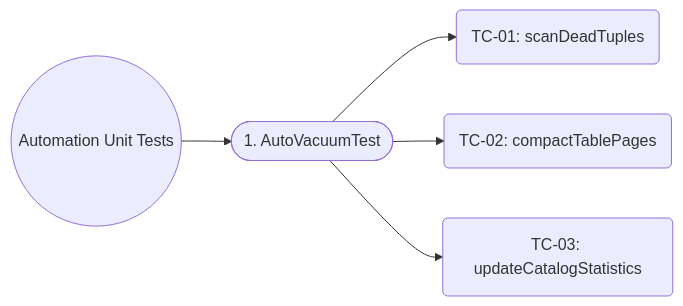
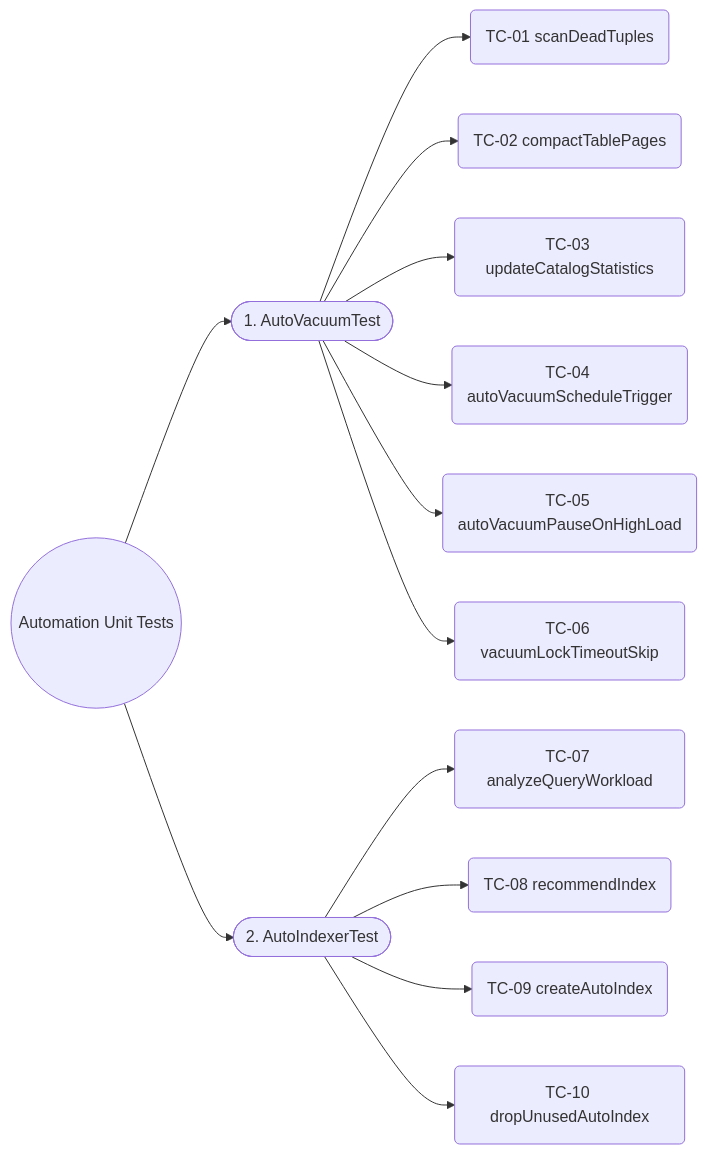
One commit to Dikhang1112/Database_Management_BBV changed diagram 11 of 11 in docs/unit_test/README.md. Above: the diagram before and after it, drawn with Mermaid. The commit also changed other lines of this file and 6 other files, not shown here.

Commit message:
Add docs sequece diagram and scenario testcase

````diff
--- a/docs/unit_test/README.md
+++ b/docs/unit_test/README.md
@@ -465,12 +664,22 @@
 ```mermaid
 flowchart LR
     Root(("Automation Unit Tests"))
 
     Cat1(["1. AutoVacuumTest"])
+    Cat2(["2. AutoIndexerTest"])
 
     Root --> Cat1
+    Root --> Cat2
 
-    Cat1 --> TC01("TC-01: scanDeadTuples")
-    Cat1 --> TC02("TC-02: compactTablePages")
-    Cat1 --> TC03("TC-03: updateCatalogStatistics")
+    Cat1 --> TC01("TC-01 scanDeadTuples")
+    Cat1 --> TC02("TC-02 compactTablePages")
+    Cat1 --> TC03("TC-03 updateCatalogStatistics")
+    Cat1 --> TC04("TC-04 autoVacuumScheduleTrigger")
+    Cat1 --> TC05("TC-05 autoVacuumPauseOnHighLoad")
+    Cat1 --> TC06("TC-06 vacuumLockTimeoutSkip")
+
+    Cat2 --> TC07("TC-07 analyzeQueryWorkload")
+    Cat2 --> TC08("TC-08 recommendIndex")
+    Cat2 --> TC09("TC-09 createAutoIndex")
+    Cat2 --> TC10("TC-10 dropUnusedAutoIndex")
 ```
````
